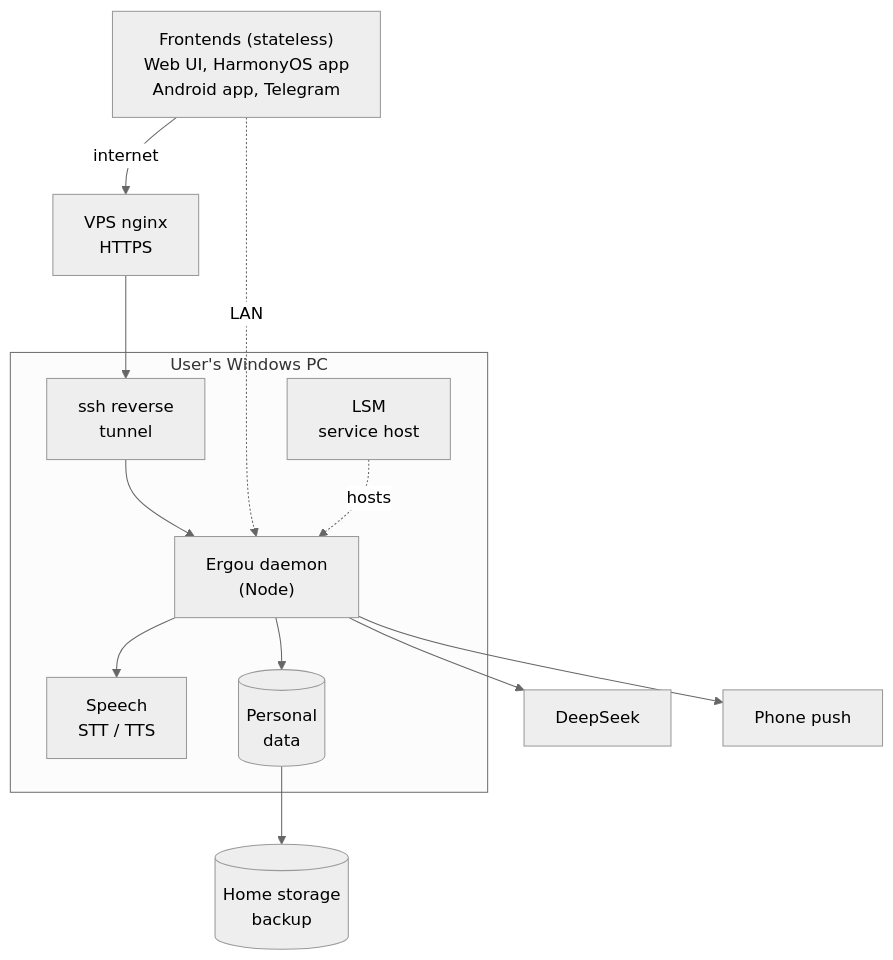
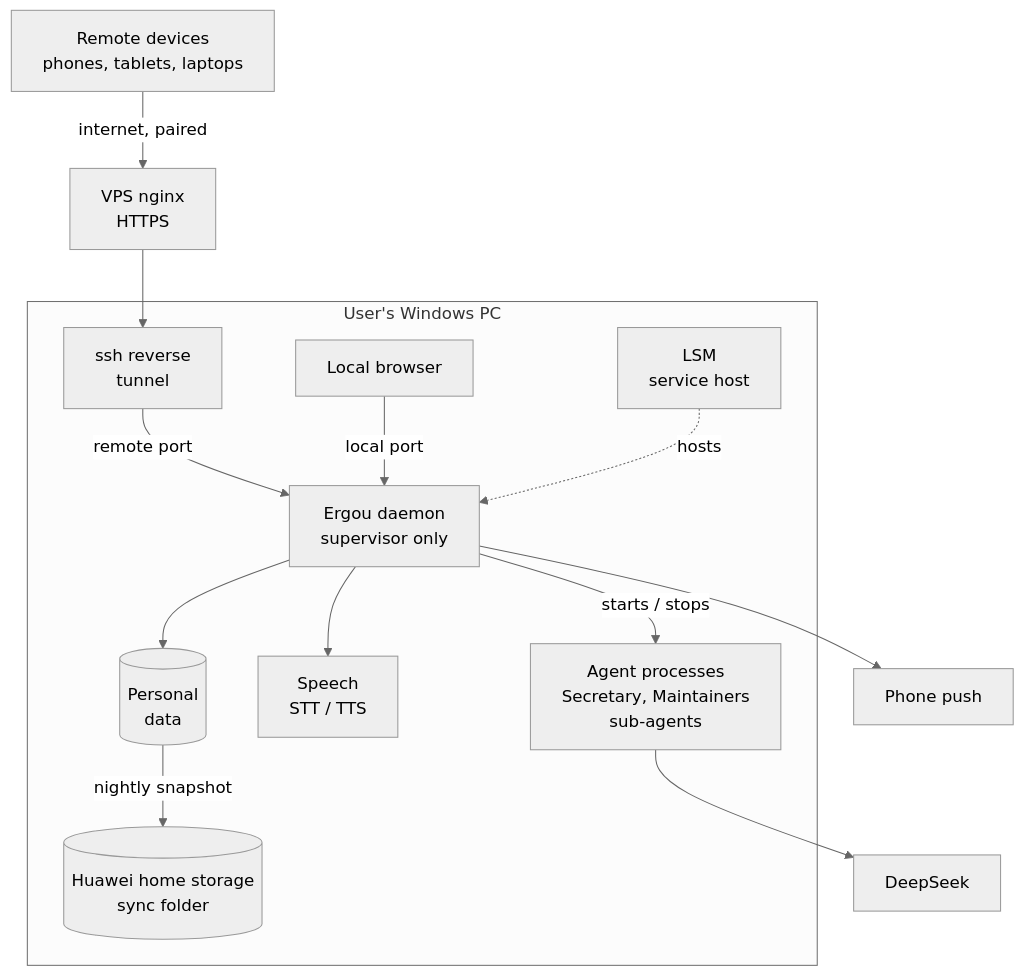
The eighth of 9 diagrams in README.en.md (catmaniii/ergo), drawn with Mermaid (neutral theme) before and after one commit. The commit also changed other lines of this file and 34 other files, not shown here.

````diff
--- a/README.en.md
+++ b/README.en.md
@@ -209,25 +297,28 @@
 ```mermaid
 flowchart TB
-    CLIENTS["Frontends (stateless)<br/>Web UI, HarmonyOS app<br/>Android app, Telegram"]
+    CLIENTS["Remote devices<br/>phones, tablets, laptops"]
     NGX["VPS nginx<br/>HTTPS"]
     subgraph PC["User's Windows PC"]
+        LOCAL["Local browser"]
         TUN["ssh reverse<br/>tunnel"]
         LSM["LSM<br/>service host"]
-        DAEMON["Ergou daemon<br/>(Node)"]
+        DAEMON["Ergou daemon<br/>supervisor only"]
+        AGENTS["Agent processes<br/>Secretary, Maintainers<br/>sub-agents"]
         SPEECH["Speech<br/>STT / TTS"]
         DATA[("Personal<br/>data")]
+        SYNC[("Huawei home storage<br/>sync folder")]
     end
     DS["DeepSeek"]
     PUSH["Phone push"]
-    NAS[("Home storage<br/>backup")]
-    CLIENTS -->|"internet"| NGX
+    CLIENTS -->|"internet, paired"| NGX
     NGX --> TUN
-    TUN --> DAEMON
-    CLIENTS -.->|"LAN"| DAEMON
+    TUN -->|"remote port"| DAEMON
+    LOCAL -->|"local port"| DAEMON
     LSM -.->|"hosts"| DAEMON
+    DAEMON -->|"starts / stops"| AGENTS
+    AGENTS --> DS
     DAEMON --> SPEECH
     DAEMON --> DATA
-    DAEMON --> DS
     DAEMON --> PUSH
-    DATA --> NAS
+    DATA -->|"nightly snapshot"| SYNC
 ```
````
